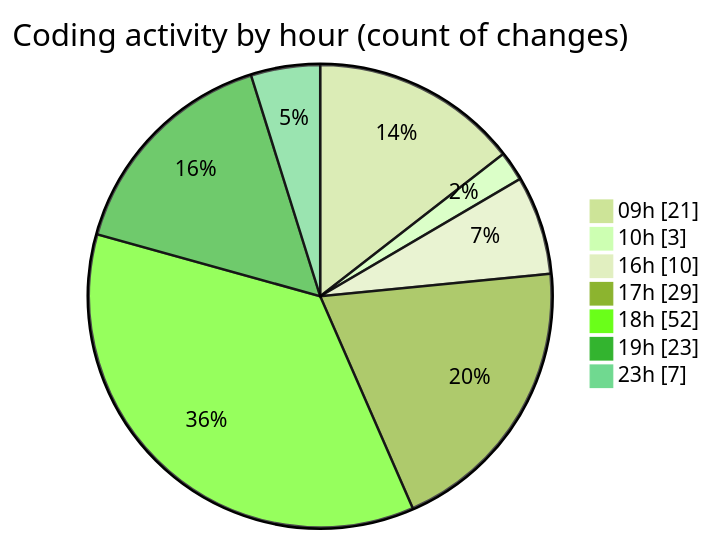
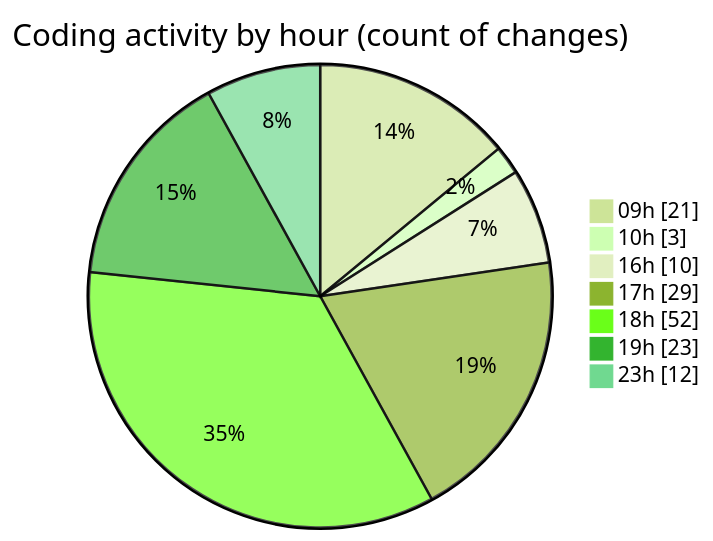
The second of 2 diagrams in 2025-12-17/cda/README.md (momahboobian/code-tracking), drawn with Mermaid (forest theme) before and after one commit. The commit also changed other lines of this file and 1 other file, not shown here.

````diff
--- a/2025-12-17/cda/README.md
+++ b/2025-12-17/cda/README.md
@@ -71,11 +71,11 @@
 ```mermaid
 pie showData
 title Coding activity by hour (count of changes)
 "09h" : 21
 "10h" : 3
 "16h" : 10
 "17h" : 29
 "18h" : 52
 "19h" : 23
-"23h" : 7
+"23h" : 12
 ```
````
